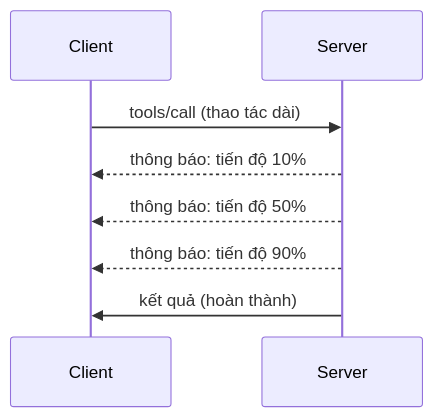
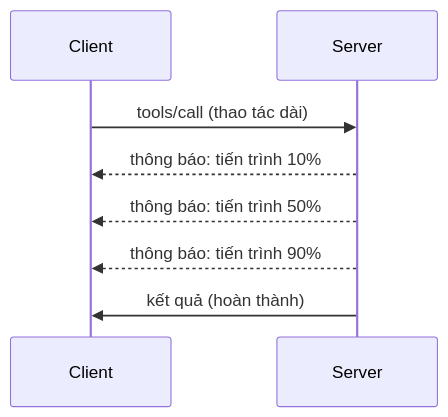
The diagram in mcp_ecosystem__model_context_protocol/mcp_learning_resources/mcp-for-beginners/translations/vi/05-AdvancedTopics/mcp-protocol-features/README.md (HIDORAKAI002/ai-workspace-archive), drawn with Mermaid before and after one commit. The commit also changed other lines of this file and 1046 other files, not shown here.

````diff
--- a/mcp_ecosystem__model_context_protocol/mcp_learning_resources/mcp-for-beginners/translations/vi/05-AdvancedTopics/mcp-protocol-features/README.md
+++ b/mcp_ecosystem__model_context_protocol/mcp_learning_resources/mcp-for-beginners/translations/vi/05-AdvancedTopics/mcp-protocol-features/README.md
@@ -22,11 +24,11 @@
 ```mermaid
 sequenceDiagram
     participant Client
     participant Server
     
     Client->>Server: tools/call (thao tác dài)
-    Server-->>Client: thông báo: tiến độ 10%
-    Server-->>Client: thông báo: tiến độ 50%
-    Server-->>Client: thông báo: tiến độ 90%
+    Server-->>Client: thông báo: tiến trình 10%
+    Server-->>Client: thông báo: tiến trình 50%
+    Server-->>Client: thông báo: tiến trình 90%
     Server->>Client: kết quả (hoàn thành)
 ```
````
